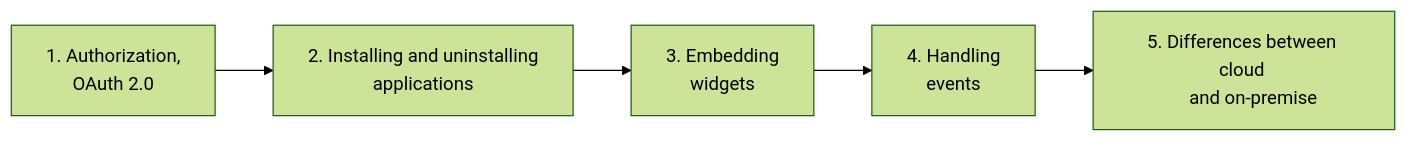
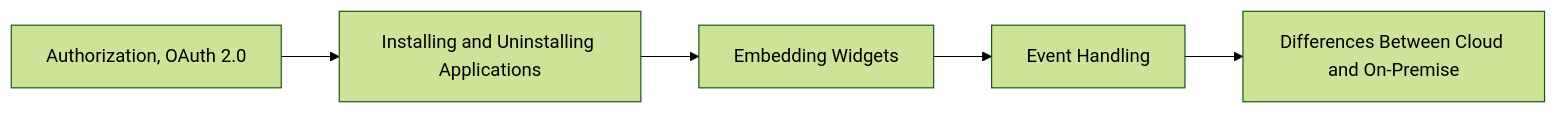
One commit to bitrix24/b24restdocs changed the diagram in api-reference/index.md. Above: the diagram before and after it, drawn with Mermaid. The commit also changed other lines of this file and 89 other files, not shown here.

````diff
--- a/api-reference/index.md
+++ b/api-reference/index.md
@@ -9,18 +9,13 @@
 ```mermaid
 %%{init: { "theme": "forest" } }%%
 flowchart LR
-    1[1. Authorization, 
-    OAuth 2.0]
-    2[2. Installing and uninstalling 
-    applications]
-    3[3. Embedding 
-    widgets]
-    4[4. Handling 
-    events]
-    5[5. Differences between cloud 
-    and on-premise]
-    1 --> 2
-    2 --> 3
-    3 --> 4
-    4 --> 5
+    id1[Authorization, OAuth 2.0]
+    id2[Installing and Uninstalling Applications]
+    id3[Embedding Widgets]
+    id4[Event Handling]
+    id5[Differences Between Cloud and On-Premise]
+    id1 --> id2
+    id2 --> id3
+    id3 --> id4
+    id4 --> id5
 ```
````
